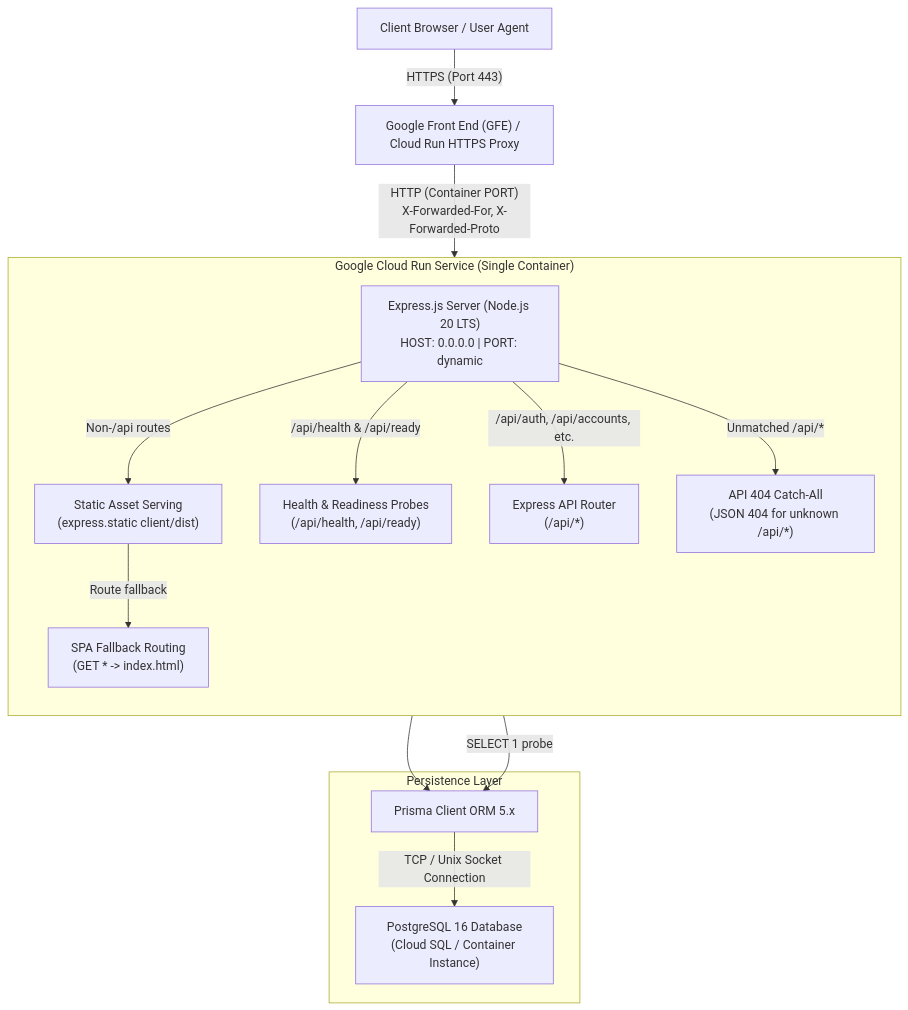
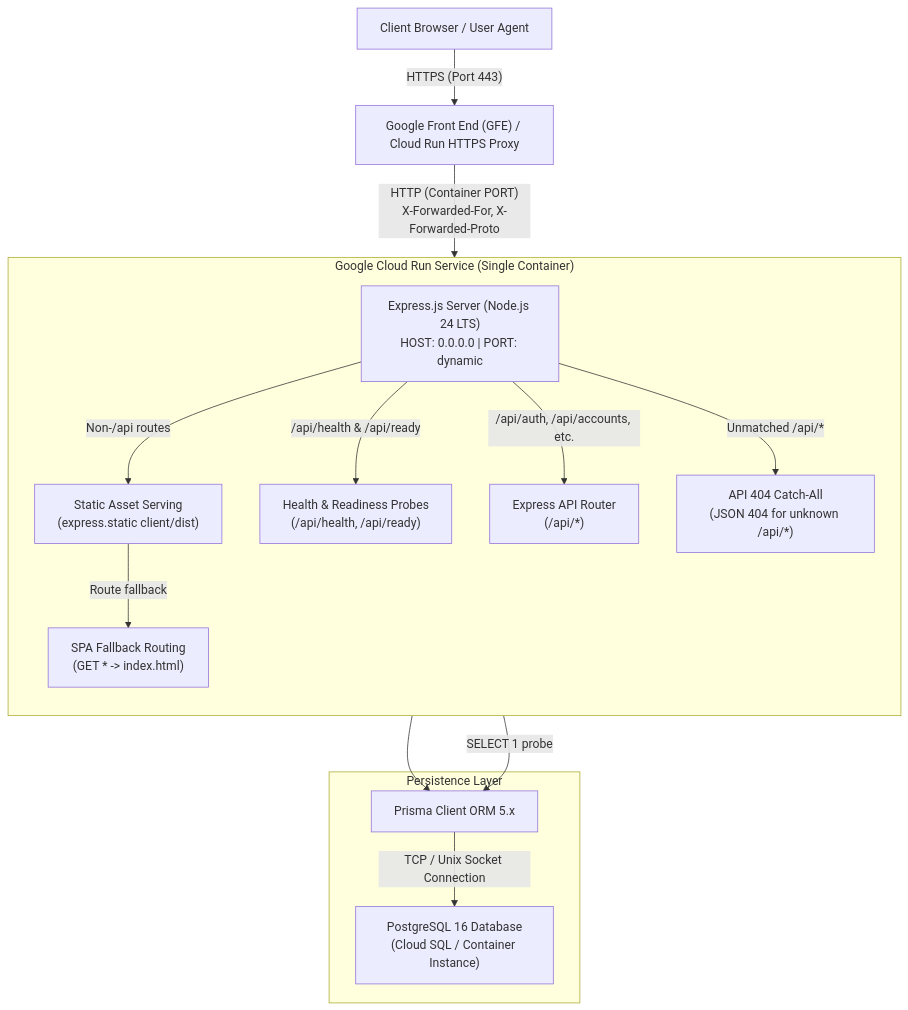
One commit to Pilaiwan3492/Whatsss-PMandELS changed the first of 2 diagrams in docs/labs/lab-05/deployment.md. Above: the diagram before and after it, drawn with Mermaid. The commit also changed other lines of this file and 17 other files, not shown here.

Commit message:
chore(release): upgrade runtime to Node 24 LTS, enforce seed role invariants, and normalize CLIENT_URL

````diff
--- a/docs/labs/lab-05/deployment.md
+++ b/docs/labs/lab-05/deployment.md
@@ -15,31 +15,31 @@
 ```mermaid
 flowchart TD
     ClientBrowser["Client Browser / User Agent"]
     GCPGFE["Google Front End (GFE) / Cloud Run HTTPS Proxy"]
     
     subgraph CloudRunService ["Google Cloud Run Service (Single Container)"]
         direction TB
-        ExpressServer["Express.js Server (Node.js 20 LTS)<br/>HOST: 0.0.0.0 | PORT: dynamic"]
+        ExpressServer["Express.js Server (Node.js 24 LTS)<br/>HOST: 0.0.0.0 | PORT: dynamic"]
         StaticServe["Static Asset Serving<br/>(express.static client/dist)"]
         SPAFallback["SPA Fallback Routing<br/>(GET * -> index.html)"]
         APIRouter["Express API Router<br/>(/api/*)"]
         API404["API 404 Catch-All<br/>(JSON 404 for unknown /api/*)"]
         HealthProbes["Health & Readiness Probes<br/>(/api/health, /api/ready)"]
     end
     
     subgraph PersistenceLayer ["Persistence Layer"]
         PrismaORM["Prisma Client ORM 5.x"]
         CloudSQL["PostgreSQL 16 Database<br/>(Cloud SQL / Container Instance)"]
     end
 
     ClientBrowser -->|"HTTPS (Port 443)"| GCPGFE
     GCPGFE -->|"HTTP (Container PORT)<br/>X-Forwarded-For, X-Forwarded-Proto"| ExpressServer
     ExpressServer -->|"Non-/api routes"| StaticServe
     StaticServe -->|"Route fallback"| SPAFallback
     ExpressServer -->|"/api/health & /api/ready"| HealthProbes
     ExpressServer -->|"/api/auth, /api/accounts, etc."| APIRouter
     ExpressServer -->|"Unmatched /api/*"| API404
     APIRouter --> PrismaORM
     HealthProbes -->|"SELECT 1 probe"| PrismaORM
     PrismaORM -->|"TCP / Unix Socket Connection"| CloudSQL
 ```
````
